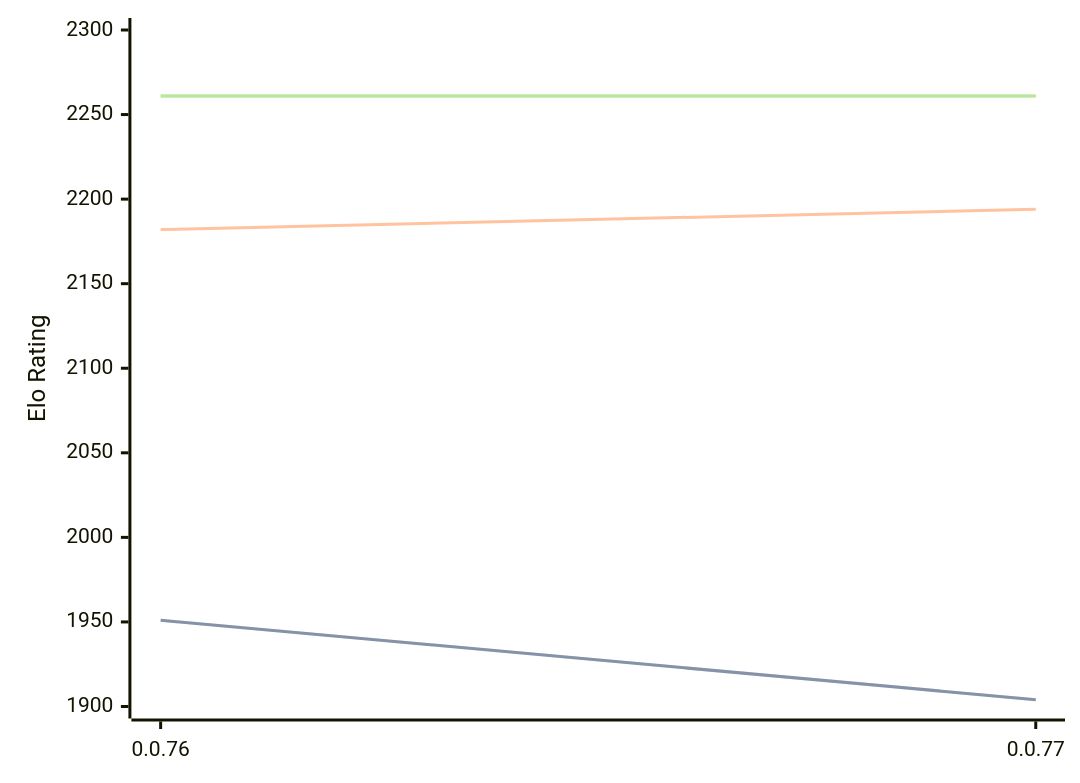
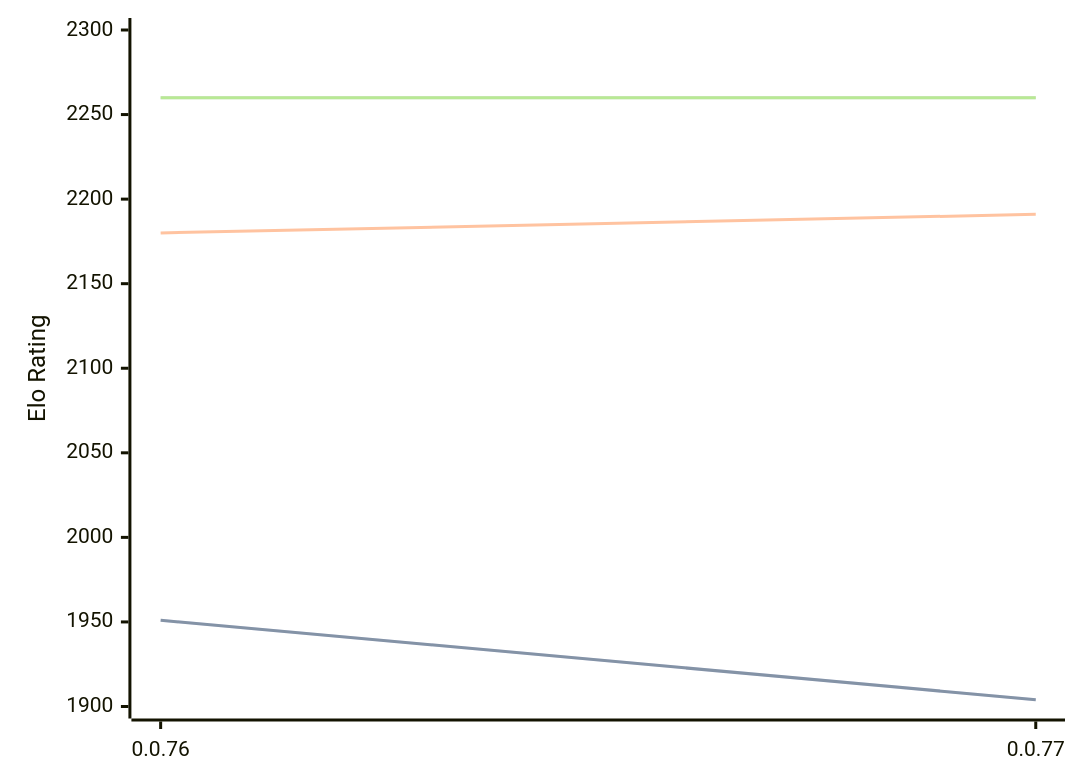
Before and after one commit to computer-chess-index/cci: the diagram in engines/Fktb.md, drawn with Mermaid. The commit also changed other lines of this file, not shown here.

Commit message:
Update CCI Ratings (ELO VLTC) - 2026-03-08

````diff
--- a/engines/Fktb.md
+++ b/engines/Fktb.md
@@ -30,11 +30,11 @@
 ```mermaid
 %%{init: {"theme":"base","themeVariables":{"seriesColors:['#a3a3a3','#222221','#faa371']}}}%%
 xychart-beta
   x-axis ["0.0.76", "0.0.77"]
   y-axis "Elo Rating" 1900 --> 2300
   line "STC (8.0+0.08s)" [1951, 1904]
   line "STC (8.0+0.08s)" [1951, 1904]
-  line "LTC (60.0+0.60s)" [2182, 2194]
-  line "VLTC (2m24s+1.12s)" [2261, 2261]
-  line "VLTC (2m24s+1.12s)" [2261, 2261]
+  line "LTC (60.0+0.60s)" [2180, 2191]
+  line "VLTC (2m24s+1.12s)" [2260, 2260]
+  line "VLTC (2m24s+1.12s)" [2260, 2260]
 ```
````
